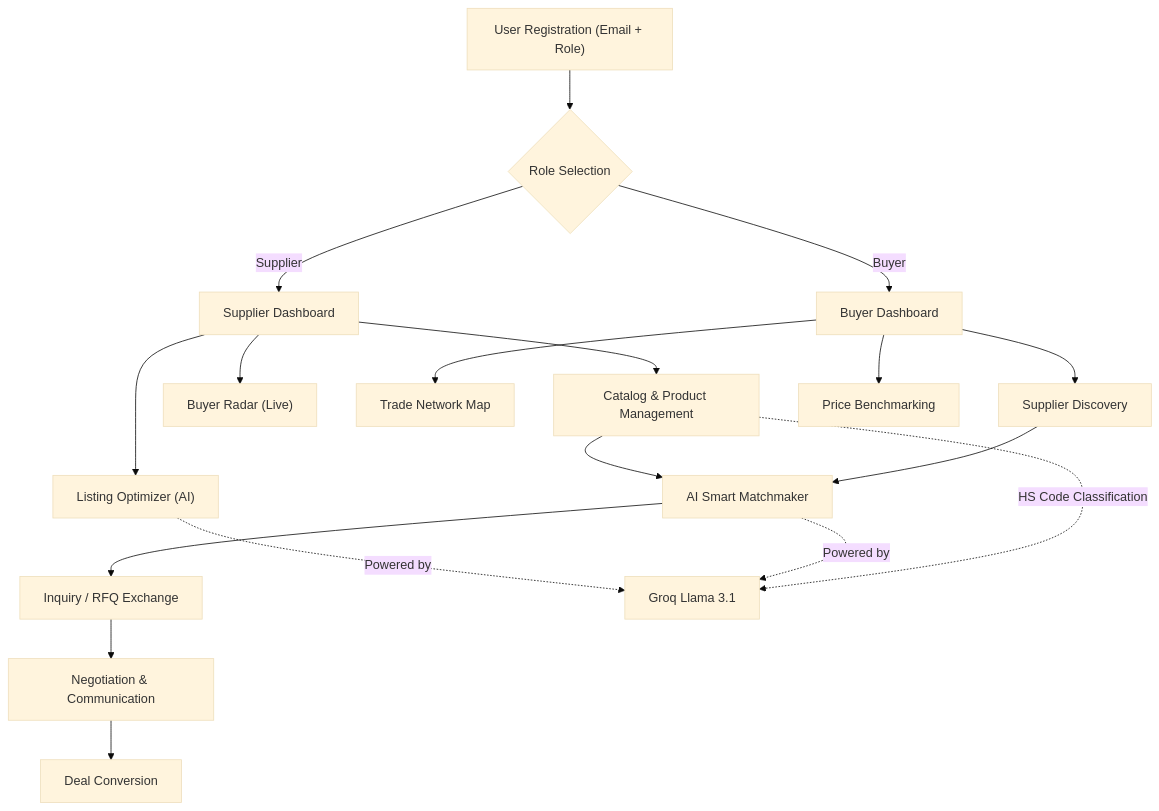
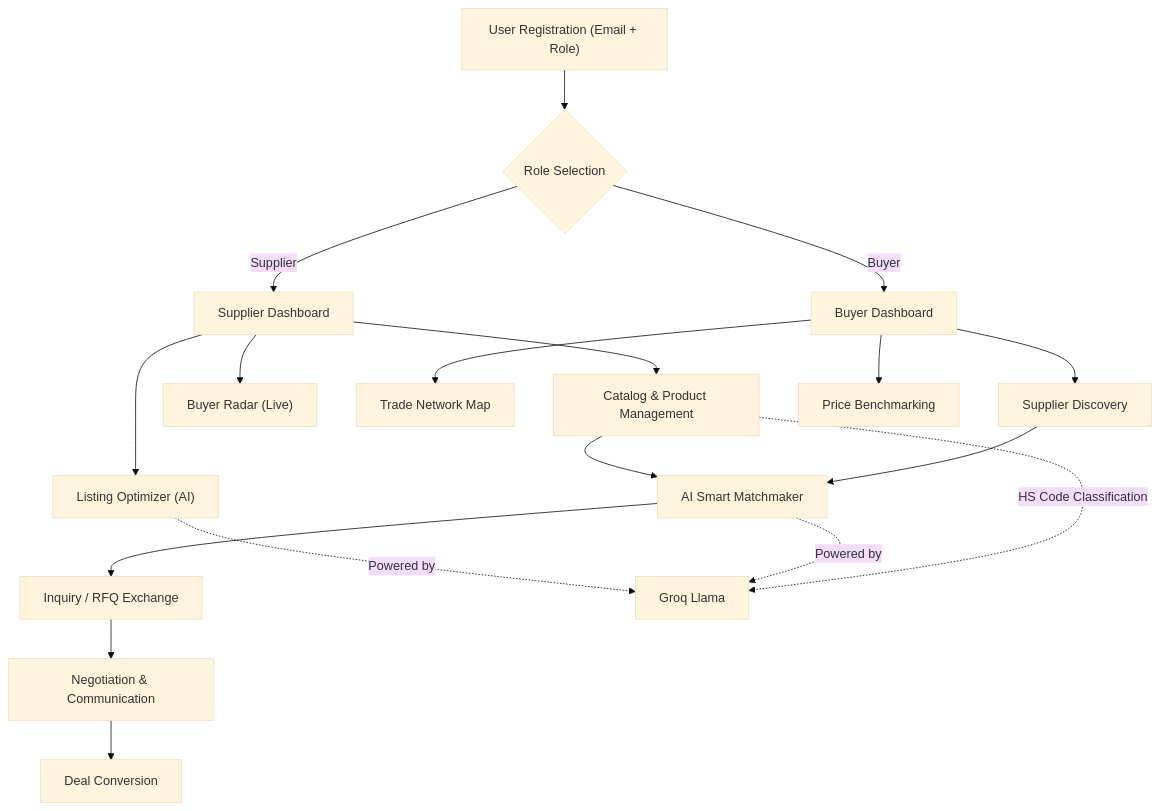
The second of 5 diagrams in README.md (wi5nuu/grawizah.com), drawn with Mermaid (base theme) before and after one commit. The commit also changed other lines of this file, not shown here.

Commit message:
Update AI engine version from Groq Llama 3.1 to 3.3

````diff
--- a/README.md
+++ b/README.md
@@ -150,26 +150,26 @@
 ```mermaid
 graph TD
     A["User Registration (Email + Role)"] --> B{"Role Selection"}
 
     B -->|Supplier| C["Supplier Dashboard"]
     B -->|Buyer| D["Buyer Dashboard"]
 
     C --> C1["Catalog & Product Management"]
     C --> C2["Listing Optimizer (AI)"]
     C --> C3["Buyer Radar (Live)"]
 
     D --> D1["Trade Network Map"]
     D --> D2["Supplier Discovery"]
     D --> D3["Price Benchmarking"]
 
     C1 --> E["AI Smart Matchmaker"]
     D2 --> E
 
     E --> F["Inquiry / RFQ Exchange"]
     F --> G["Negotiation & Communication"]
     G --> H["Deal Conversion"]
 
-    C2 -.->|Powered by| AI["Groq Llama 3.1"]
+    C2 -.->|Powered by| AI["Groq Llama "]
     E -.->|Powered by| AI
     C1 -.->|HS Code Classification| AI
 ```
````
